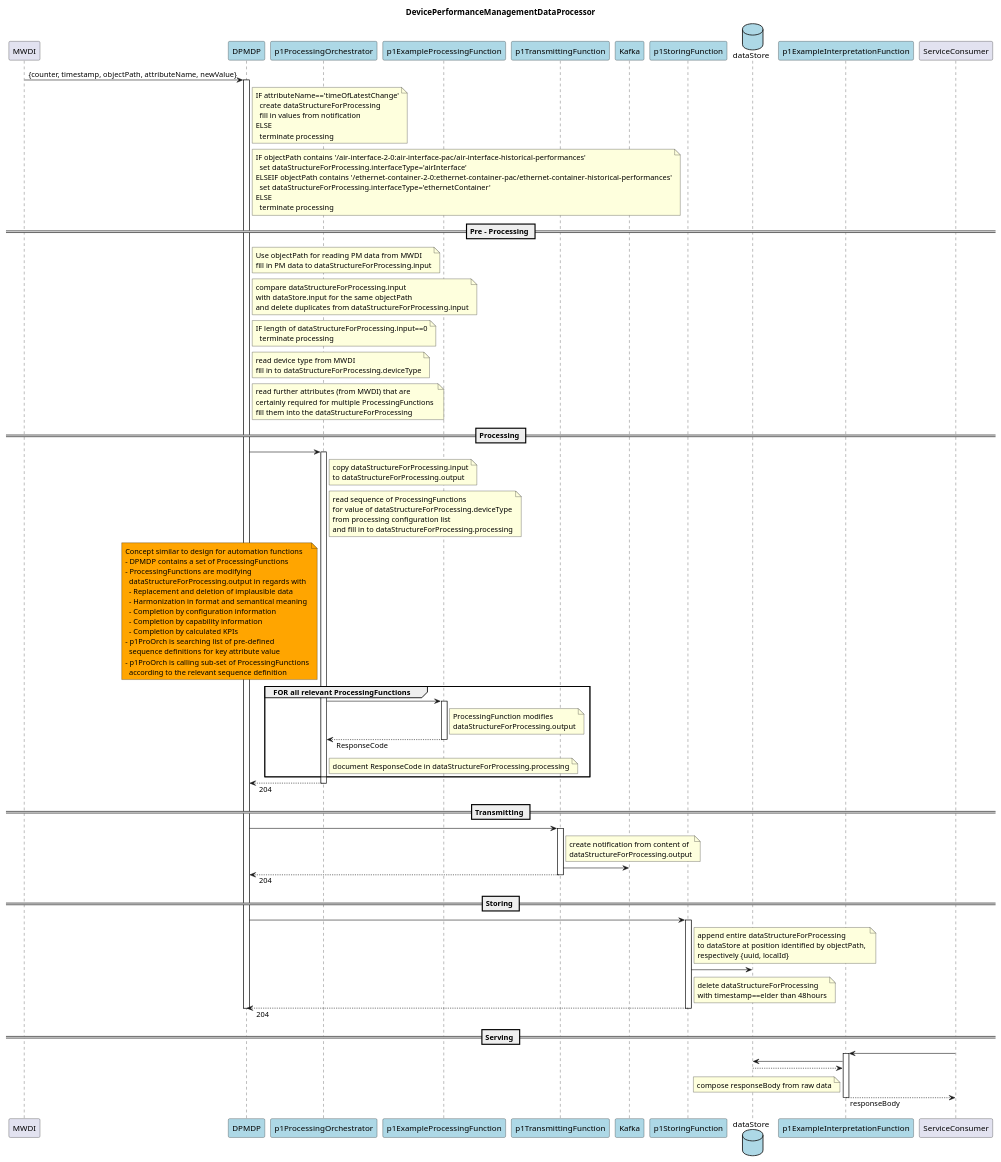
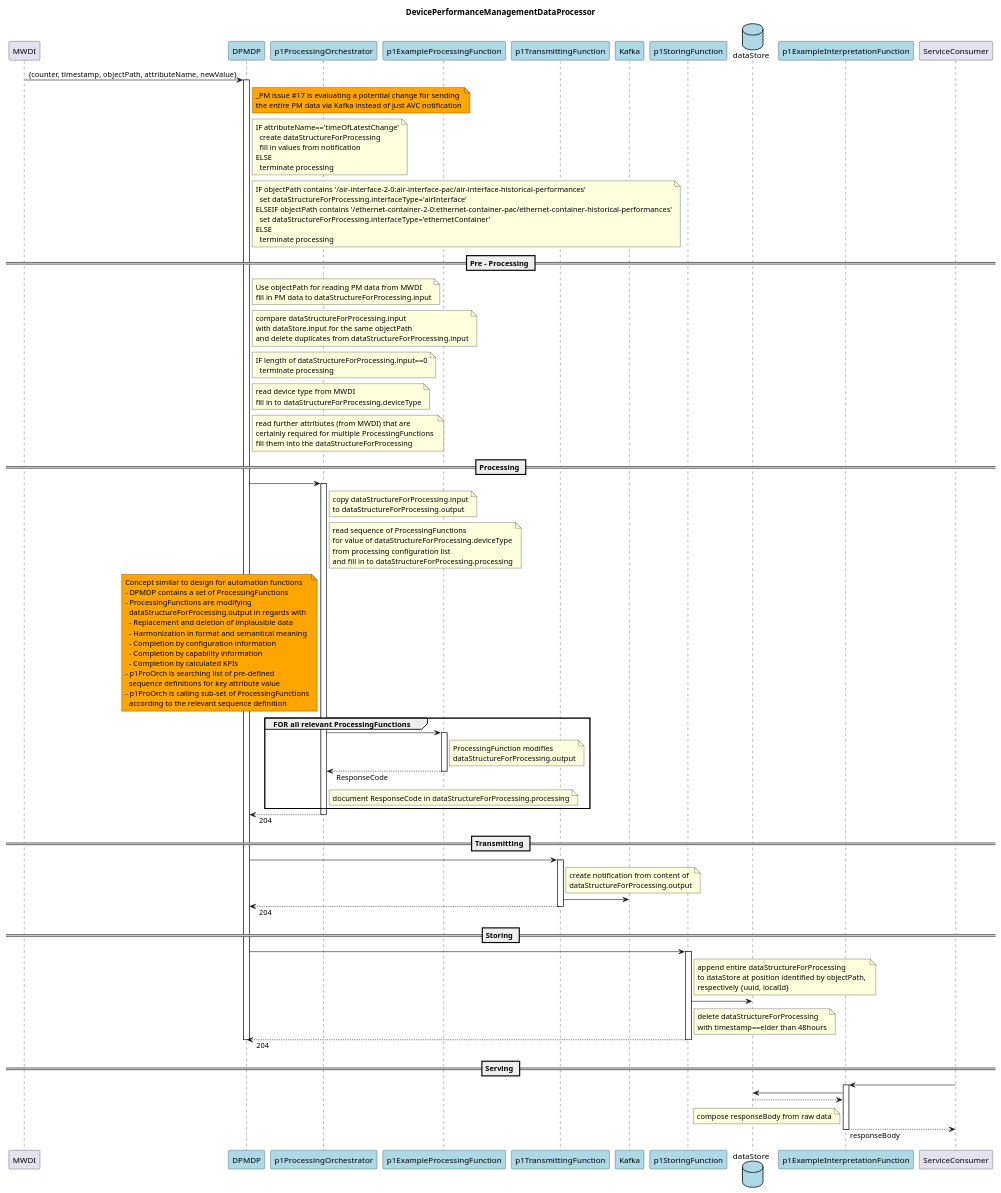
One commit to openBackhaul/DevicePerformanceManagementDataProcessor changed the diagram in spec/diagrams/00_overview.plantuml. Above: the diagram before and after it, drawn with PlantUML. The commit also changed 9 other files, not shown here.

```diff
--- a/spec/diagrams/00_overview.plantuml
+++ b/spec/diagrams/00_overview.plantuml
@@ -1,180 +1,185 @@
 @startuml 00_overview
 skinparam responseMessageBelowArrow true
 
 title
 DevicePerformanceManagementDataProcessor
 end title
 
 participant "MWDI" as mwdi
 participant "DPMDP" as dpmdp #LightBlue
 participant "p1ProcessingOrchestrator" as p1ProOrch #LightBlue
 participant "p1ExampleProcessingFunction" as p1Process #LightBlue
 participant "p1TransmittingFunction" as p1Trans #LightBlue
 participant "Kafka" as kafka #LightBlue
 participant "p1StoringFunction" as p1Store #LightBlue
 database "dataStore" as db #LightBlue
 participant "p1ExampleInterpretationFunction" as p1Interpret #LightBlue
 participant "ServiceConsumer" as consumer
 
 mwdi -> dpmdp : {counter, timestamp, objectPath, attributeName, newValue}
 activate dpmdp
+
+note right dpmdp #Orange
+  _PM issue #17 is evaluating a potential change for sending 
+  the entire PM data via Kafka instead of just AVC notification
+end note
 
 note right dpmdp
   IF attributeName=='timeOfLatestChange'
     create dataStructureForProcessing
     fill in values from notification
   ELSE
     terminate processing
 end note
 
 note right dpmdp
   IF objectPath contains '/air-interface-2-0:air-interface-pac/air-interface-historical-performances'
     set dataStructureForProcessing.interfaceType='airInterface'
   ELSEIF objectPath contains '/ethernet-container-2-0:ethernet-container-pac/ethernet-container-historical-performances'
     set dataStructureForProcessing.interfaceType='ethernetContainer'
   ELSE
     terminate processing
 end note
 
 
 == Pre - Processing ==
 
 note right dpmdp
   Use objectPath for reading PM data from MWDI
   fill in PM data to dataStructureForProcessing.input
 end note
 
 note right dpmdp
   compare dataStructureForProcessing.input
   with dataStore.input for the same objectPath
   and delete duplicates from dataStructureForProcessing.input
 end note
 
 note right dpmdp
   IF length of dataStructureForProcessing.input==0
     terminate processing
 end note
 
 note right dpmdp
   read device type from MWDI
   fill in to dataStructureForProcessing.deviceType
 end note
 
 note right dpmdp
   read further attributes (from MWDI) that are
   certainly required for multiple ProcessingFunctions 
   fill them into the dataStructureForProcessing
 end note
 
 
 == Processing ==
 
 dpmdp -> p1ProOrch
 activate p1ProOrch
 
 note right p1ProOrch
   copy dataStructureForProcessing.input
   to dataStructureForProcessing.output
 end note
 
 note right p1ProOrch
   read sequence of ProcessingFunctions
   for value of dataStructureForProcessing.deviceType
   from processing configuration list
   and fill in to dataStructureForProcessing.processing
 end note
 
 note left p1ProOrch #Orange
   Concept similar to design for automation functions
   - DPMDP contains a set of ProcessingFunctions
   - ProcessingFunctions are modifying
     dataStructureForProcessing.output in regards with
     - Replacement and deletion of implausible data
     - Harmonization in format and semantical meaning
     - Completion by configuration information
     - Completion by capability information
     - Completion by calculated KPIs
   - p1ProOrch is searching list of pre-defined
     sequence definitions for key attribute value
   - p1ProOrch is calling sub-set of ProcessingFunctions
     according to the relevant sequence definition
 end note
 
 group FOR all relevant ProcessingFunctions
 
   p1ProOrch -> p1Process
     activate p1Process
     note right p1Process
       ProcessingFunction modifies
       dataStructureForProcessing.output
     end note
   p1ProOrch <-- p1Process : ResponseCode
   deactivate p1Process
 
   note right p1ProOrch
     document ResponseCode in dataStructureForProcessing.processing
   end note
 
 end
 
 dpmdp <-- p1ProOrch : 204
 deactivate p1ProOrch
 
 
 == Transmitting ==
 
 dpmdp -> p1Trans
 activate p1Trans
 
 note right p1Trans
   create notification from content of
   dataStructureForProcessing.output
 end note
 
 p1Trans -> kafka
 
 dpmdp <-- p1Trans : 204
 deactivate p1Trans
 
 
 == Storing ==
 
 dpmdp -> p1Store
 activate p1Store
 
 note right p1Store
   append entire dataStructureForProcessing
   to dataStore at position identified by objectPath, 
   respectively {uuid, localId}
 end note
 
 p1Store -> db
 
 note right p1Store
   delete dataStructureForProcessing 
   with timestamp==elder than 48hours
 end note
 
 dpmdp <-- p1Store : 204
 deactivate p1Store
 
 deactivate dpmdp
 
 
 == Serving ==
 
 consumer -> p1Interpret
 activate p1Interpret
 
 p1Interpret -> db
 p1Interpret <-- db
 
 note left p1Interpret
   compose responseBody from raw data
 end note
 
 consumer <-- p1Interpret : responseBody
 deactivate p1Interpret
 
 
 @enduml
```
